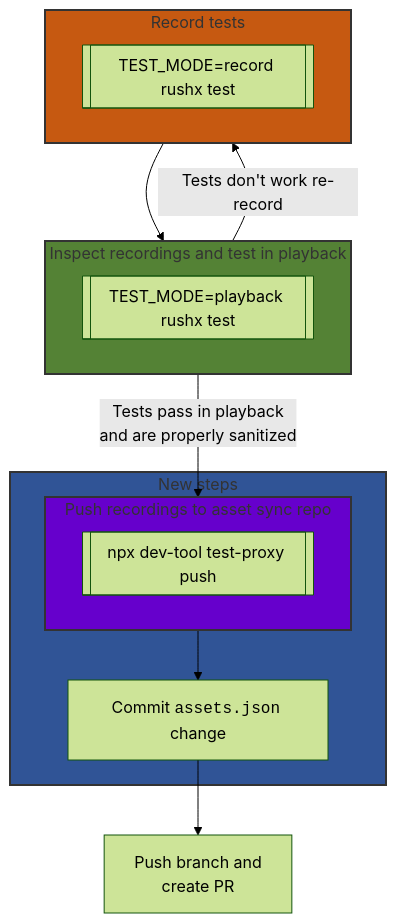
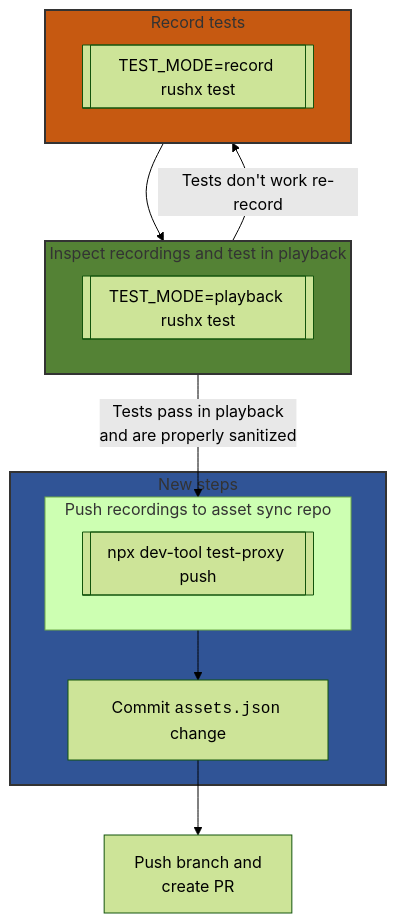
The diagram in sdk/test-utils/recorder/ASSET_SYNC_MIGRATION.md (Azure/azure-sdk-for-js), drawn with Mermaid (forest theme) before and after one commit.

Commit message:
unneeded color

````diff
--- a/sdk/test-utils/recorder/ASSET_SYNC_MIGRATION.md
+++ b/sdk/test-utils/recorder/ASSET_SYNC_MIGRATION.md
@@ -91,35 +91,31 @@
 ```mermaid
-
 graph TD
     subgraph p3 [New steps]
         subgraph p4 [Push recordings to asset sync repo]
             push[[npx dev-tool test-proxy push]]
         end
         p4-->assets[Commit <code>assets.json</code> change]
-
     end
 
     assets --> pr[Push branch and\ncreate PR]
 
     subgraph p2 [Inspect recordings and test in playback]
         playback[[TEST_MODE=playback rushx test]]
     end
 
     subgraph p1 [Record tests]
         record[[TEST_MODE=record rushx test]]
     end
 
     p1 --> p2
     p2 -- Tests don't work re-record --> p1
     p2 -- Tests pass in playback\nand are properly sanitized --> p4
 
 
     classDef green fill:#548235,stroke:#333,stroke-width:2px
     classDef orange fill:#C65911,stroke:#333,stroke-width:2px
     classDef blue fill:#305496,stroke:#333,stroke-width:2px
-    classDef purple fill:#6600cc,stroke:#333,stroke-width:2px
     class p1 orange
     class p2 green
     class p3 blue
-    class p4 purple
 ```
````
